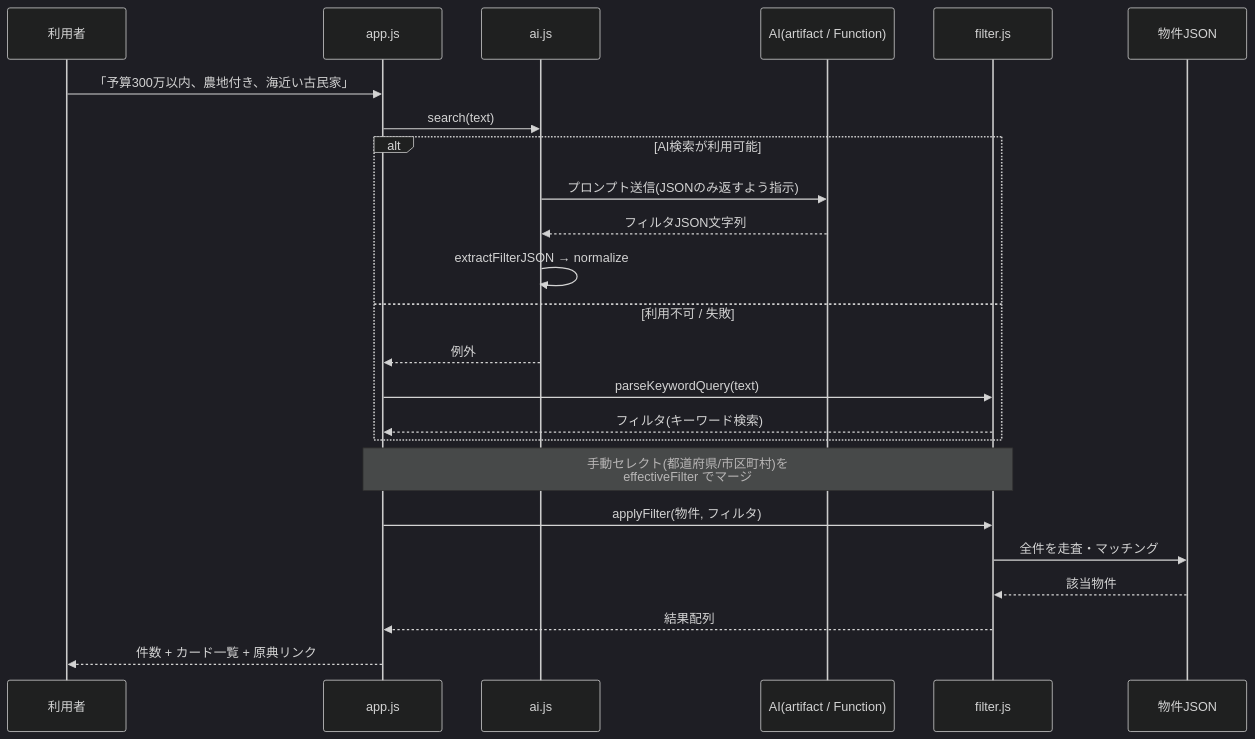
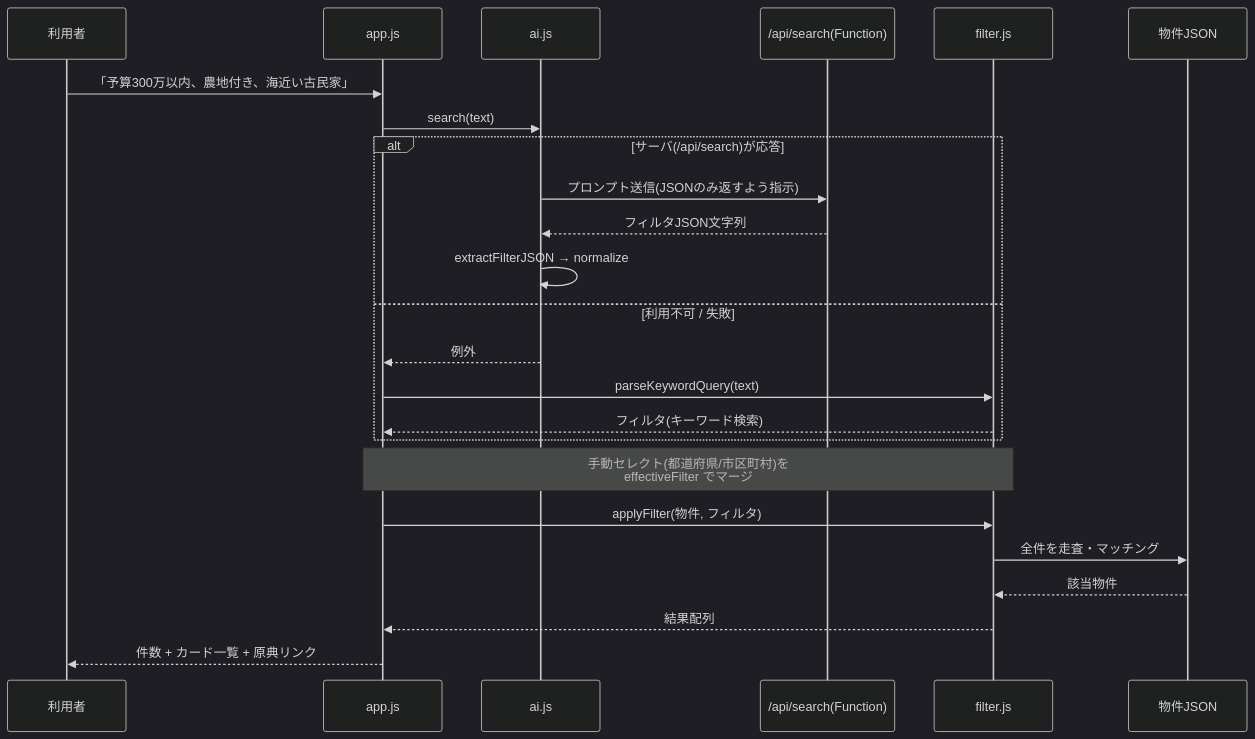
One commit to shinyanakashima/MLIT-LINKS-akiya-ask changed the second of 4 diagrams in docs/architecture.md. Above: the diagram before and after it, drawn with Mermaid (dark theme). The commit also changed other lines of this file and 6 other files, not shown here.

````diff
--- a/docs/architecture.md
+++ b/docs/architecture.md
@@ -45,27 +42,27 @@
 ```mermaid
 sequenceDiagram
     participant U as 利用者
     participant App as app.js
     participant AI as ai.js
-    participant Src as AI(artifact / Function)
+    participant Fn as /api/search(Function)
     participant F as filter.js
     participant D as 物件JSON
 
     U->>App: 「予算300万以内、農地付き、海近い古民家」
     App->>AI: search(text)
-    alt AI検索が利用可能
-        AI->>Src: プロンプト送信(JSONのみ返すよう指示)
-        Src-->>AI: フィルタJSON文字列
+    alt サーバ(/api/search)が応答
+        AI->>Fn: プロンプト送信(JSONのみ返すよう指示)
+        Fn-->>AI: フィルタJSON文字列
         AI->>AI: extractFilterJSON → normalize
     else 利用不可 / 失敗
         AI-->>App: 例外
         App->>F: parseKeywordQuery(text)
         F-->>App: フィルタ(キーワード検索)
     end
     Note over App,F: 手動セレクト(都道府県/市区町村)を<br/>effectiveFilter でマージ
     App->>F: applyFilter(物件, フィルタ)
     F->>D: 全件を走査・マッチング
     D-->>F: 該当物件
     F-->>App: 結果配列
     App-->>U: 件数 + カード一覧 + 原典リンク
 ```
````
